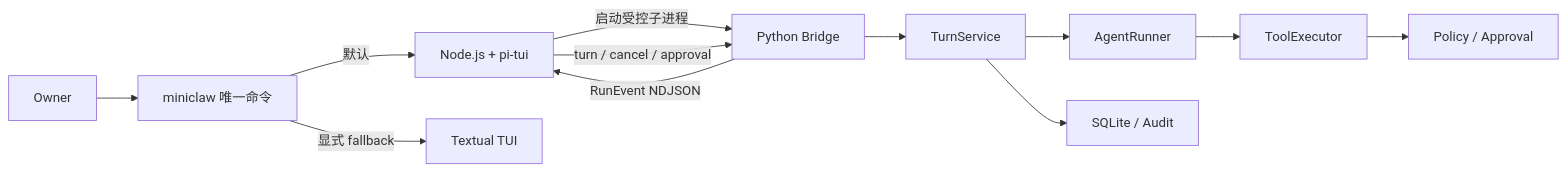
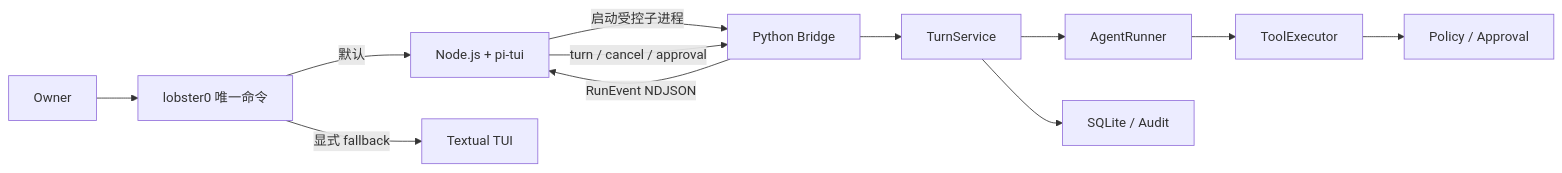
The diagram in docs/superpowers/specs/2026-08-08-python-core-pi-tui-design.md (NEDONION/lobster0), drawn with Mermaid before and after one commit. The commit also changed other lines of this file and 221 other files, not shown here.

````diff
--- a/docs/superpowers/specs/2026-08-08-python-core-pi-tui-design.md
+++ b/docs/superpowers/specs/2026-08-08-python-core-pi-tui-design.md
@@ -34,14 +34,14 @@
 ```mermaid
 flowchart LR
-    U["Owner"] --> C["miniclaw 唯一命令"]
+    U["Owner"] --> C["lobster0 唯一命令"]
     C -->|"默认"| N["Node.js + pi-tui"]
     C -->|"显式 fallback"| X["Textual TUI"]
     N -->|"启动受控子进程"| B["Python Bridge"]
     B --> T["TurnService"]
     T --> A["AgentRunner"]
     A --> E["ToolExecutor"]
     E --> P["Policy / Approval"]
     T --> D["SQLite / Audit"]
     B -->|"RunEvent NDJSON"| N
     N -->|"turn / cancel / approval"| B
 ```
````
